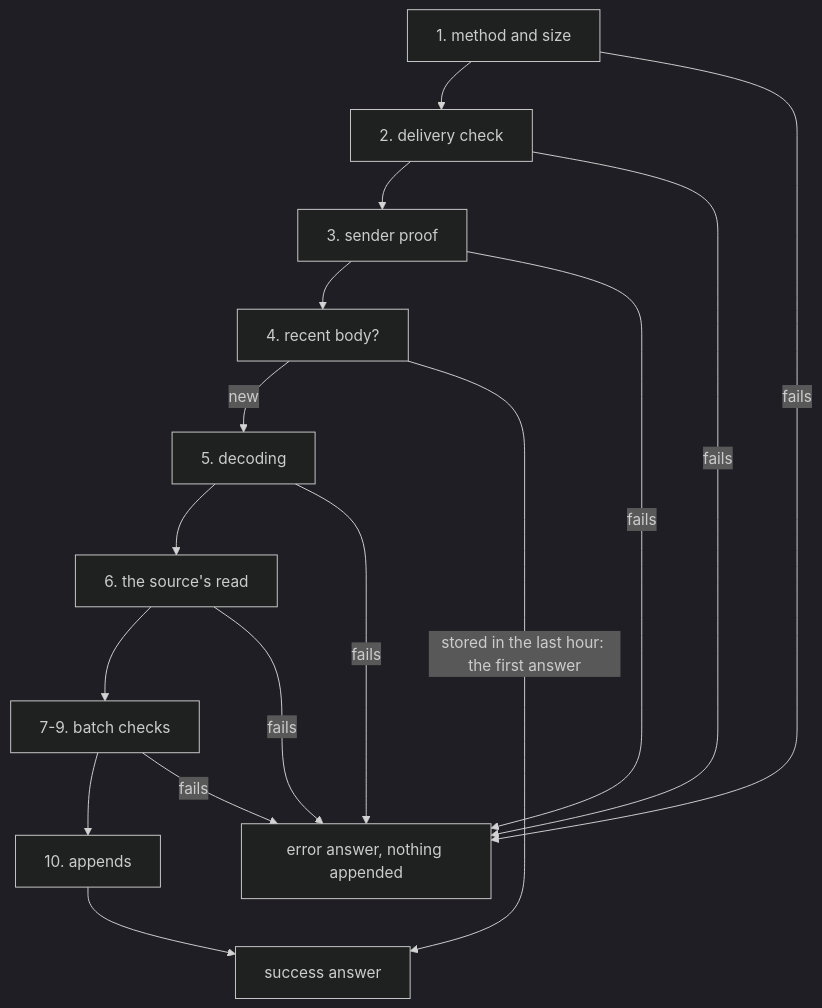
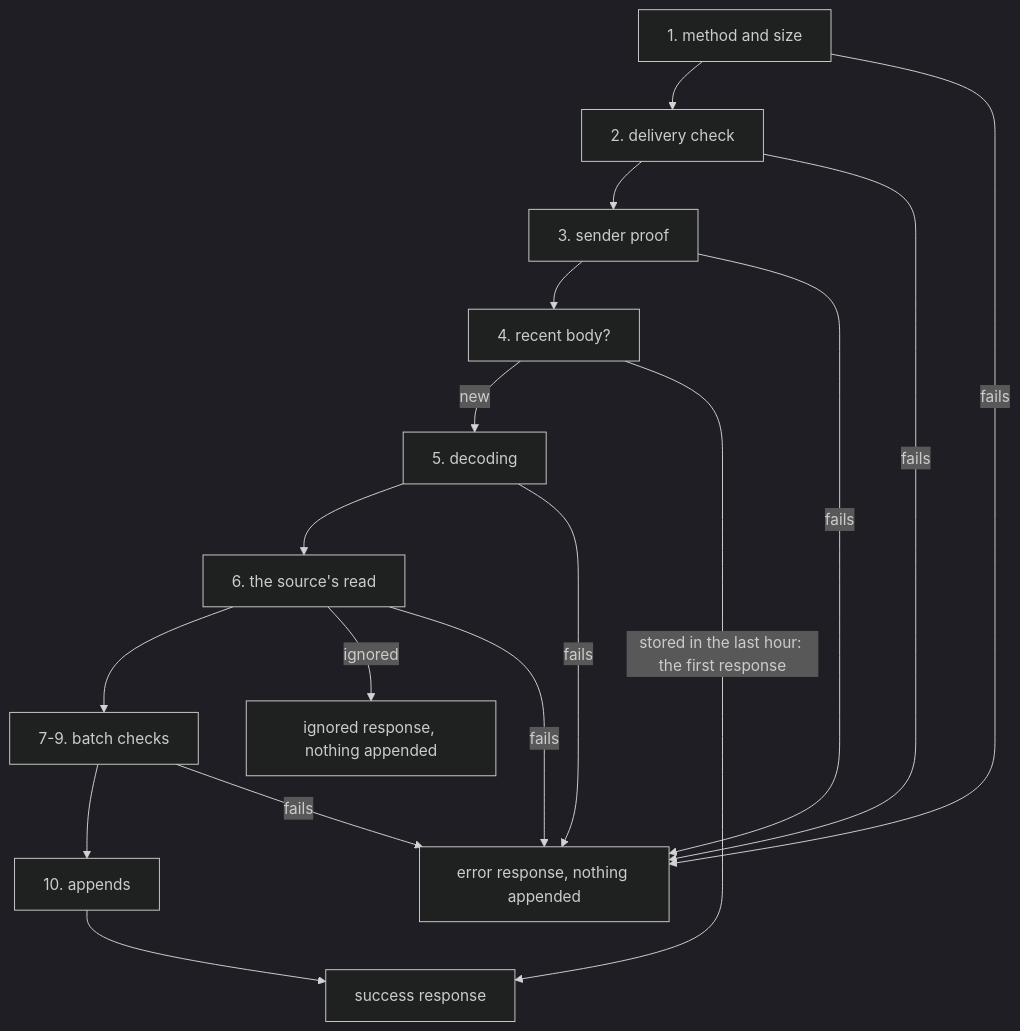
Before and after one commit to zgeoff/pepys: the diagram in docs/architecture/ingest/ingest.md, drawn with Mermaid (dark theme). The commit also changed other lines of this file and 2 other files, not shown here.

````diff
--- a/docs/architecture/ingest/ingest.md
+++ b/docs/architecture/ingest/ingest.md
@@ -31,13 +37,14 @@
 ```mermaid
 flowchart TD
   s1["1. method and size"] --> s2["2. delivery check"]
   s2 --> s3["3. sender proof"]
   s3 --> s4["4. recent body?"]
   s4 -- new --> s5["5. decoding"]
   s5 --> s6["6. the source's read"]
   s6 --> s7["7-9. batch checks"]
   s7 --> s10["10. appends"]
-  s4 -- "stored in the last hour: the first answer" --> answer
-  s10 --> answer["success answer"]
-  s1 & s2 & s3 & s5 & s6 & s7 -- fails --> error["error answer, nothing appended"]
+  s6 -- ignored --> ignored["ignored response, nothing appended"]
+  s4 -- "stored in the last hour: the first response" --> success
+  s10 --> success["success response"]
+  s1 & s2 & s3 & s5 & s6 & s7 -- fails --> error["error response, nothing appended"]
 ```
````
